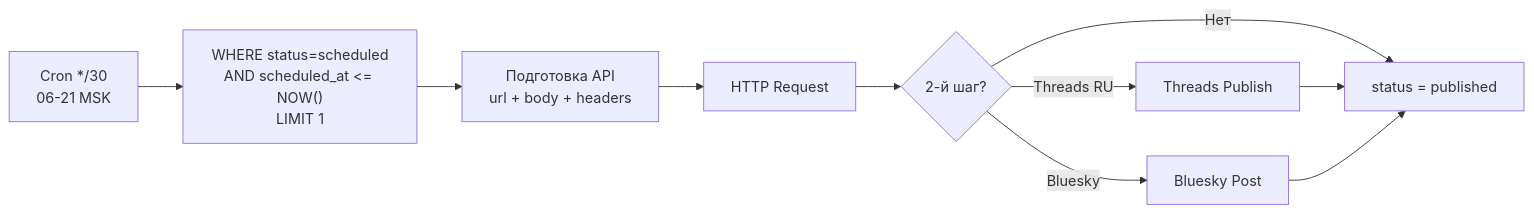
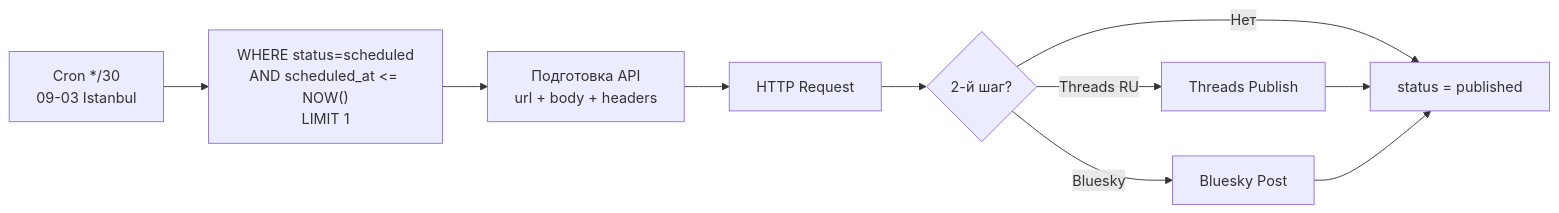
The sixth of 7 diagrams in docs/Workflows.md (TimmyZinin/content-pipeline), drawn with Mermaid before and after one commit. The commit also changed other lines of this file and 4 other files, not shown here.

````diff
--- a/docs/Workflows.md
+++ b/docs/Workflows.md
@@ -120,11 +120,11 @@
 ```mermaid
 flowchart LR
-    CRON["Cron */30\n06-21 MSK"] --> SQL["WHERE status=scheduled\nAND scheduled_at <= NOW()\nLIMIT 1"]
+    CRON["Cron */30\n09-03 Istanbul"] --> SQL["WHERE status=scheduled\nAND scheduled_at <= NOW()\nLIMIT 1"]
     SQL --> CODE["Подготовка API\nurl + body + headers"]
     CODE --> HTTP["HTTP Request"]
     HTTP --> IF{"2-й шаг?"}
     IF -->|Threads RU| THREADS["Threads Publish"]
     IF -->|Bluesky| BSKY["Bluesky Post"]
     IF -->|Нет| UPDATE["status = published"]
     THREADS & BSKY --> UPDATE
 ```
````
